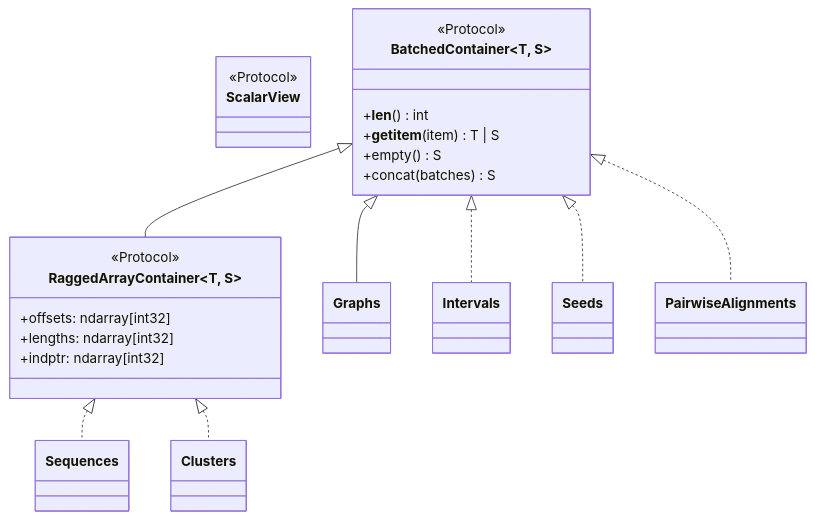
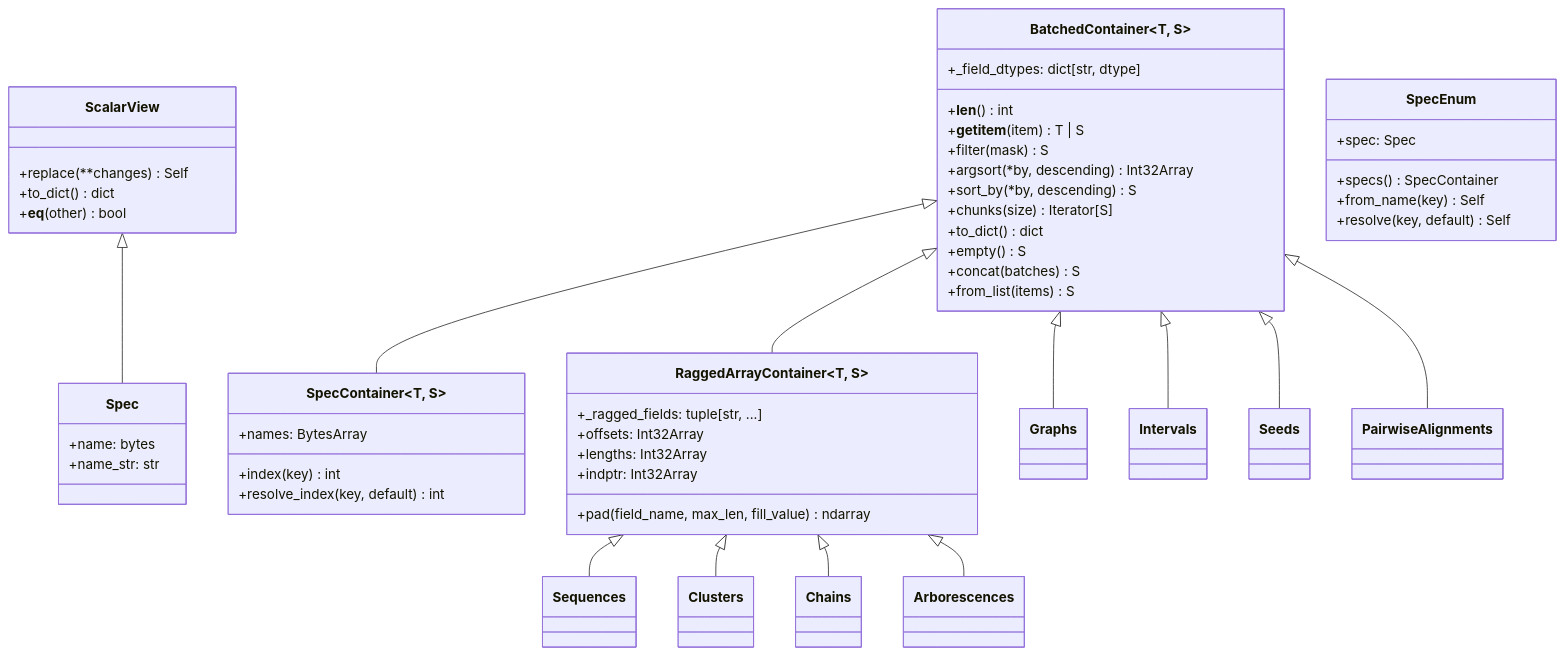
The diagram in docs/architecture.md (SeroVerse/SeroVerse), drawn with Mermaid before and after one commit. The commit also changed other lines of this file and 17 other files, not shown here.

````diff
--- a/docs/architecture.md
+++ b/docs/architecture.md
@@ -35,26 +36,54 @@
 ```mermaid
 classDiagram
     class ScalarView {
-        <<Protocol>>
+        +replace(**changes) Self
+        +to_dict() dict
+        +__eq__(other) bool
+    }
+    class Spec {
+        +name: bytes
+        +name_str: str
     }
     class BatchedContainer~T, S~ {
-        <<Protocol>>
+        +_field_dtypes: dict[str, dtype]
         +__len__() int
         +__getitem__(item) T | S
+        +filter(mask) S
+        +argsort(*by, descending) Int32Array
+        +sort_by(*by, descending) S
+        +chunks(size) Iterator[S]
+        +to_dict() dict
         +empty() S
         +concat(batches) S
+        +from_list(items) S
+    }
+    class SpecContainer~T, S~ {
+        +names: BytesArray
+        +index(key) int
+        +resolve_index(key, default) int
+    }
+    class SpecEnum {
+        +specs() SpecContainer
+        +spec: Spec
+        +from_name(key) Self
+        +resolve(key, default) Self
     }
     class RaggedArrayContainer~T, S~ {
-        <<Protocol>>
-        +offsets: ndarray[int32]
-        +lengths: ndarray[int32]
-        +indptr: ndarray[int32]
+        +_ragged_fields: tuple[str, ...]
+        +offsets: Int32Array
+        +lengths: Int32Array
+        +indptr: Int32Array
+        +pad(field_name, max_len, fill_value) ndarray
     }
+    ScalarView <|-- Spec
+    BatchedContainer <|-- SpecContainer
     BatchedContainer <|-- RaggedArrayContainer
     BatchedContainer <|-- Graphs
-    BatchedContainer <|.. Intervals
-    BatchedContainer <|.. Seeds
-    BatchedContainer <|.. PairwiseAlignments
-    RaggedArrayContainer <|.. Sequences
-    RaggedArrayContainer <|.. Clusters
+    BatchedContainer <|-- Intervals
+    BatchedContainer <|-- Seeds
+    BatchedContainer <|-- PairwiseAlignments
+    RaggedArrayContainer <|-- Sequences
+    RaggedArrayContainer <|-- Clusters
+    RaggedArrayContainer <|-- Chains
+    RaggedArrayContainer <|-- Arborescences
 ```
````
